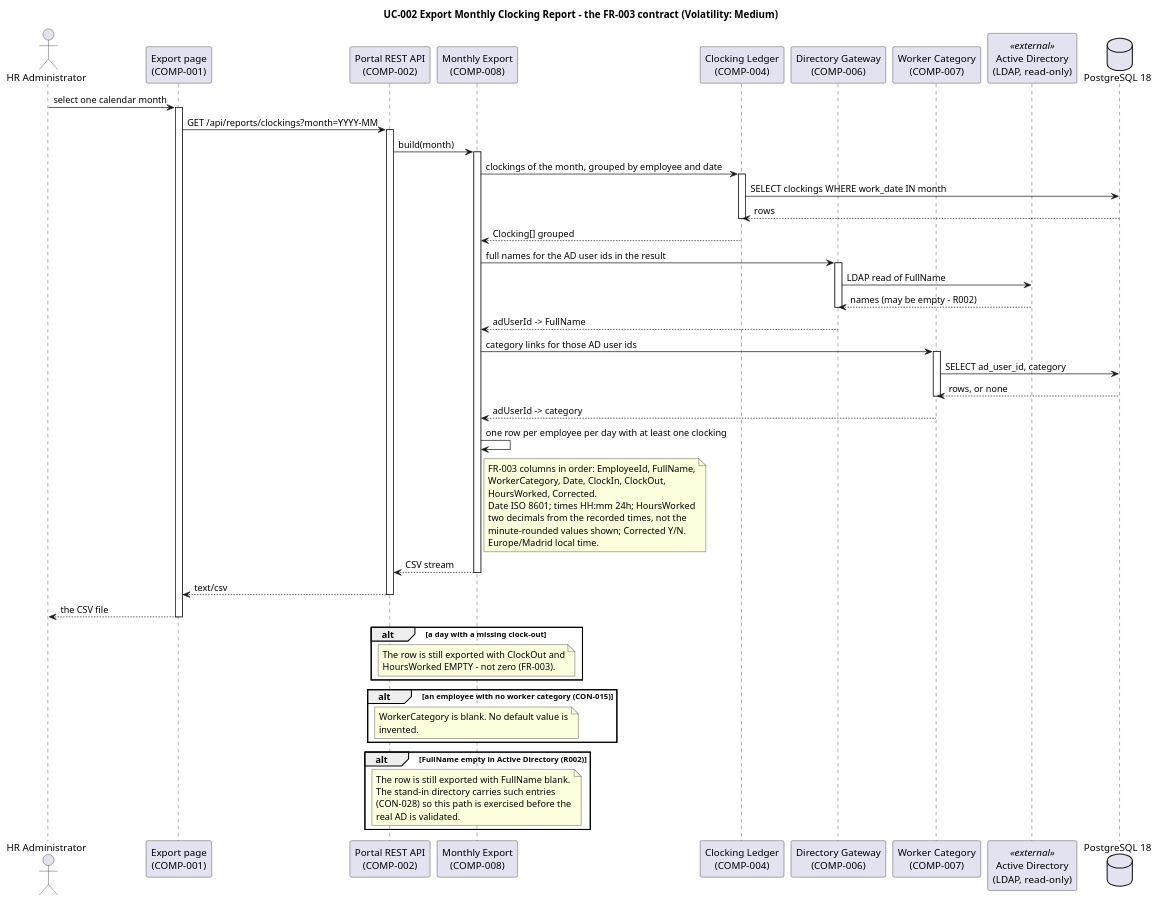
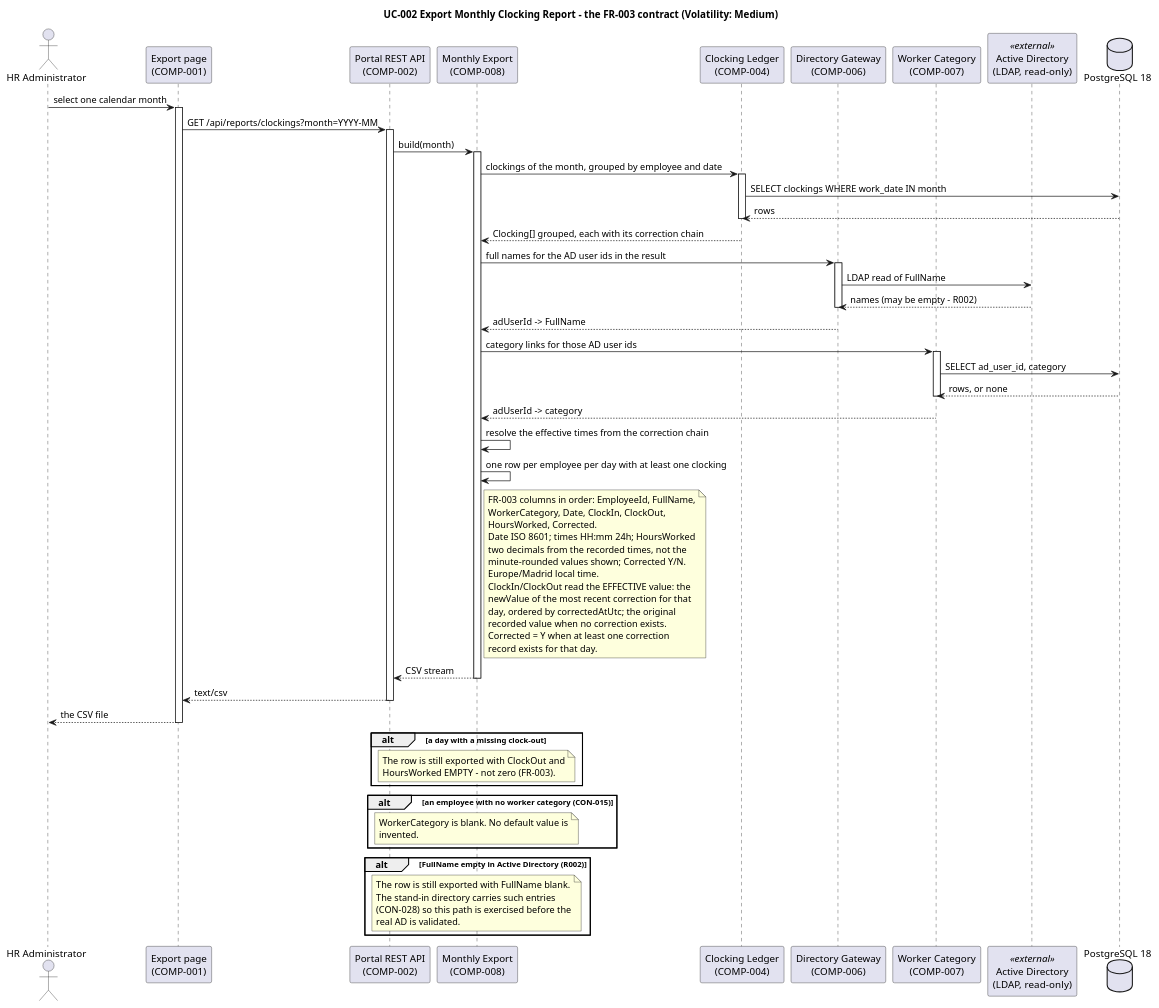
One commit to banense-test/portal changed the third of 8 diagrams in docs/artifacts/analysis---design/software-architecture-document.md. Above: the diagram before and after it, drawn with PlantUML. The commit also changed other lines of this file, not shown here.

Commit message:
Software Architect [I2]: upsert Software Architecture Document
[skip ci]

```diff
--- a/docs/artifacts/analysis---design/software-architecture-document.md
+++ b/docs/artifacts/analysis---design/software-architecture-document.md
@@ -299,7 +298,7 @@
 LED -> DB : SELECT clockings WHERE work_date IN month
 DB --> LED : rows
 deactivate LED
-LED --> EXP : Clocking[] grouped
+LED --> EXP : Clocking[] grouped, each with its correction chain
 EXP -> GW : full names for the AD user ids in the result
 activate GW
 GW -> AD : LDAP read of FullName
@@ -312,6 +311,7 @@
 DB --> CAT : rows, or none
 deactivate CAT
 CAT --> EXP : adUserId -> category
+EXP -> EXP : resolve the effective times from the correction chain
 EXP -> EXP : one row per employee per day with at least one clocking
 note right of EXP
   FR-003 columns in order: EmployeeId, FullName,
@@ -321,6 +321,12 @@
   two decimals from the recorded times, not the
   minute-rounded values shown; Corrected Y/N.
   Europe/Madrid local time.
+  ClockIn/ClockOut read the EFFECTIVE value: the
+  newValue of the most recent correction for that
+  day, ordered by correctedAtUtc; the original
+  recorded value when no correction exists.
+  Corrected = Y when at least one correction
+  record exists for that day.
 end note
 EXP --> API : CSV stream
 deactivate EXP
```
